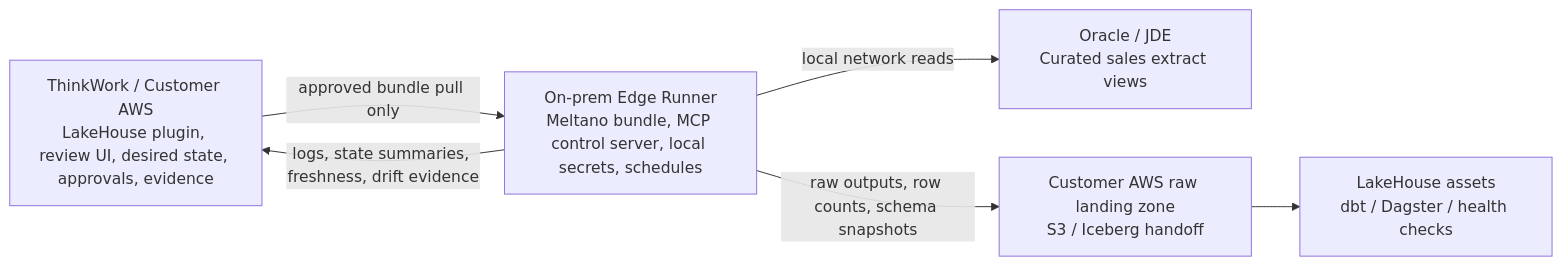
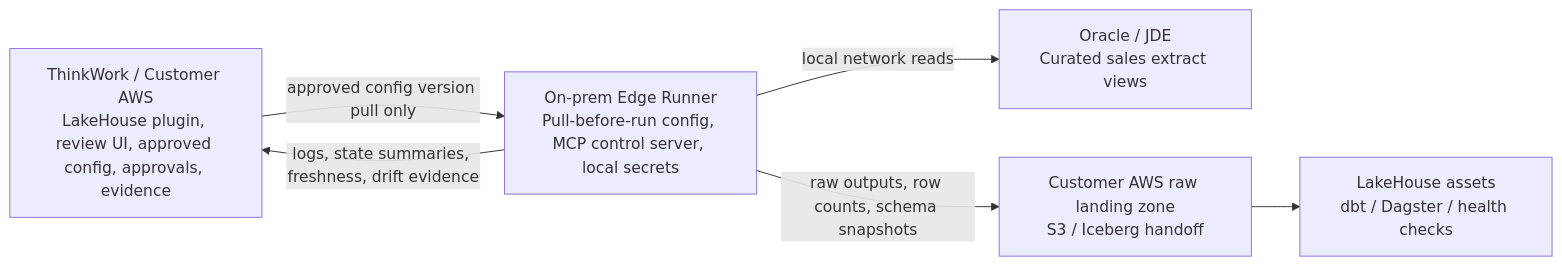
Before and after one commit to thinkwork-ai/thinkwork: the diagram in docs/brainstorms/2026-06-19-meltano-edge-runner-requirements.md, drawn with Mermaid. The commit also changed other lines of this file, not shown here.

Commit message:
docs: clarify Meltano config lifecycle

````diff
--- a/docs/brainstorms/2026-06-19-meltano-edge-runner-requirements.md
+++ b/docs/brainstorms/2026-06-19-meltano-edge-runner-requirements.md
@@ -26,14 +27,14 @@
 ```mermaid
 flowchart LR
-    TW["ThinkWork / Customer AWS<br/>LakeHouse plugin, review UI, desired state, approvals, evidence"]
-    Runner["On-prem Edge Runner<br/>Meltano bundle, MCP control server, local secrets, schedules"]
+    TW["ThinkWork / Customer AWS<br/>LakeHouse plugin, review UI, approved config, approvals, evidence"]
+    Runner["On-prem Edge Runner<br/>Pull-before-run config, MCP control server, local secrets"]
     JDE["Oracle / JDE<br/>Curated sales extract views"]
     Raw["Customer AWS raw landing zone<br/>S3 / Iceberg handoff"]
     Assets["LakeHouse assets<br/>dbt / Dagster / health checks"]
 
-    TW -->|"approved bundle pull only"| Runner
+    TW -->|"approved config version pull only"| Runner
     Runner -->|"local network reads"| JDE
     Runner -->|"raw outputs, row counts, schema snapshots"| Raw
     Raw --> Assets
     Runner -->|"logs, state summaries, freshness, drift evidence"| TW
 ```
````
